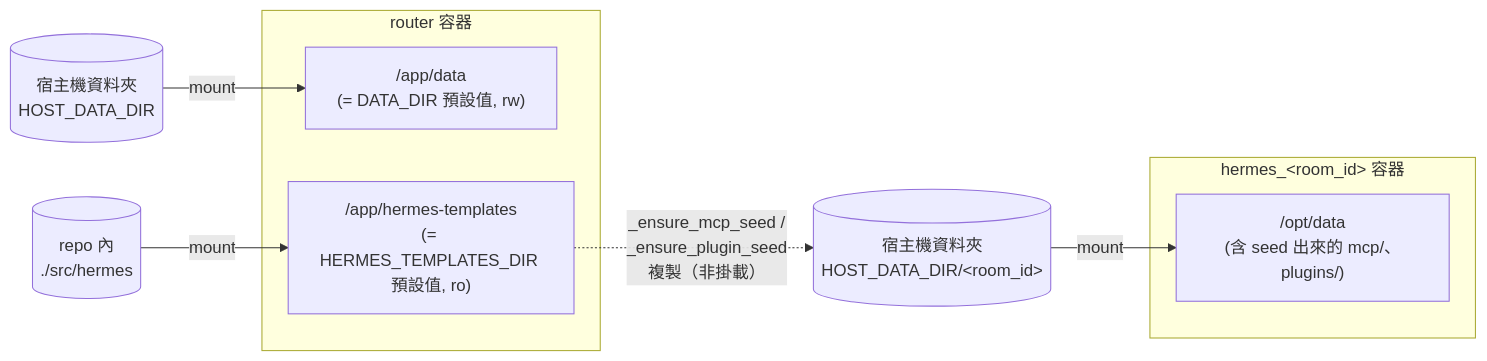
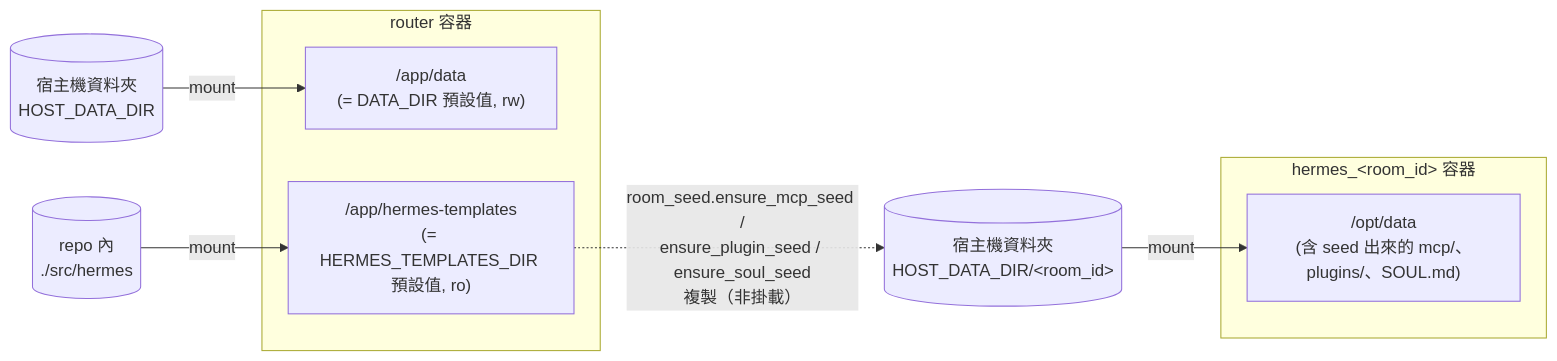
Before and after one commit to marychouchou/alice-office: the first of 2 diagrams in docs/env-data-paths.md, drawn with Mermaid. The commit also changed other lines of this file and 28 other files, not shown here.

First line of the commit message:
feat(hermes): seed a per-room SOUL.md enterprise-assistant persona

````diff
--- a/docs/env-data-paths.md
+++ b/docs/env-data-paths.md
@@ -99,20 +102,20 @@
 ```mermaid
 graph LR
     HostData[("宿主機資料夾<br/>HOST_DATA_DIR")]
     HostRoomData[("宿主機資料夾<br/>HOST_DATA_DIR/&lt;room_id&gt;")]
     RepoTemplates[("repo 內<br/>./src/hermes")]
 
     subgraph RouterC["router 容器"]
         AppData["/app/data<br/>(= DATA_DIR 預設值, rw)"]
         AppTemplates["/app/hermes-templates<br/>(= HERMES_TEMPLATES_DIR 預設值, ro)"]
     end
 
     subgraph HermesC["hermes_&lt;room_id&gt; 容器"]
-        OptData["/opt/data<br/>(含 seed 出來的 mcp/、plugins/)"]
+        OptData["/opt/data<br/>(含 seed 出來的 mcp/、plugins/、SOUL.md)"]
     end
 
     HostData -- mount --> AppData
     RepoTemplates -- mount --> AppTemplates
     HostRoomData -- mount --> OptData
-    AppTemplates -. "_ensure_mcp_seed /<br/>_ensure_plugin_seed<br/>複製（非掛載）" .-> HostRoomData
+    AppTemplates -. "room_seed.ensure_mcp_seed /<br/>ensure_plugin_seed / ensure_soul_seed<br/>複製（非掛載）" .-> HostRoomData
 ```
````
